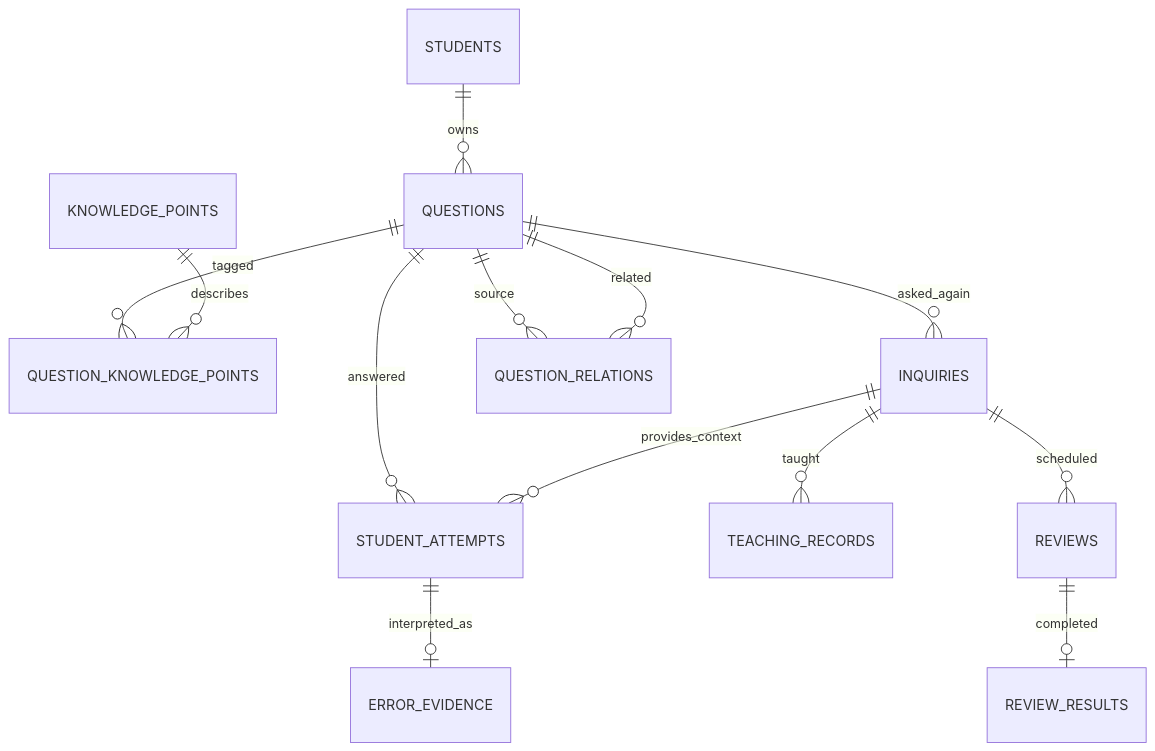
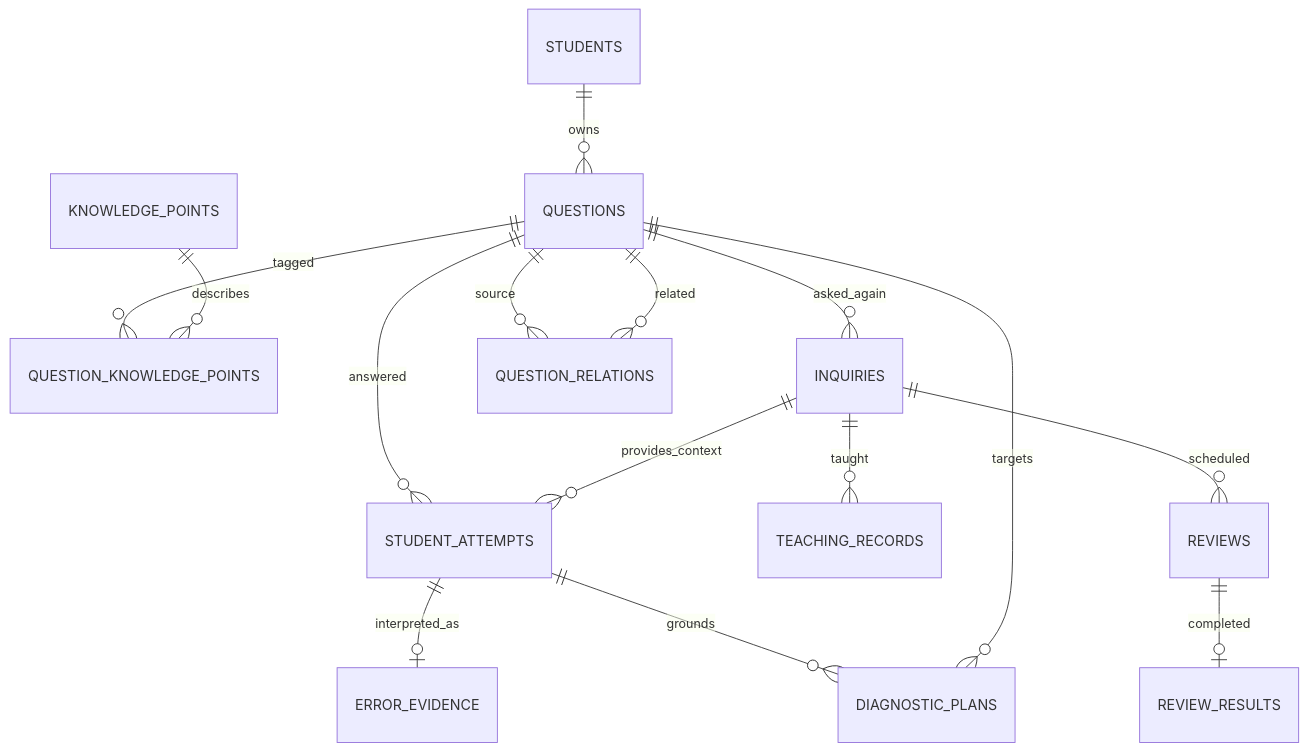
One commit to ratbro1214/tutor-question-bank changed the second of 4 diagrams in docs/系统设计说明.md. Above: the diagram before and after it, drawn with Mermaid. The commit also changed other lines of this file and 37 other files, not shown here.

````diff
--- a/docs/系统设计说明.md
+++ b/docs/系统设计说明.md
@@ -39,15 +40,17 @@
 ```mermaid
 erDiagram
   STUDENTS ||--o{ QUESTIONS : owns
   QUESTIONS ||--o{ QUESTION_KNOWLEDGE_POINTS : tagged
   KNOWLEDGE_POINTS ||--o{ QUESTION_KNOWLEDGE_POINTS : describes
   QUESTIONS ||--o{ INQUIRIES : asked_again
   QUESTIONS ||--o{ STUDENT_ATTEMPTS : answered
   INQUIRIES ||--o{ STUDENT_ATTEMPTS : provides_context
   STUDENT_ATTEMPTS ||--o| ERROR_EVIDENCE : interpreted_as
+  STUDENT_ATTEMPTS ||--o{ DIAGNOSTIC_PLANS : grounds
+  QUESTIONS ||--o{ DIAGNOSTIC_PLANS : targets
   INQUIRIES ||--o{ TEACHING_RECORDS : taught
   INQUIRIES ||--o{ REVIEWS : scheduled
   REVIEWS ||--o| REVIEW_RESULTS : completed
   QUESTIONS ||--o{ QUESTION_RELATIONS : source
   QUESTIONS ||--o{ QUESTION_RELATIONS : related
 ```
````
